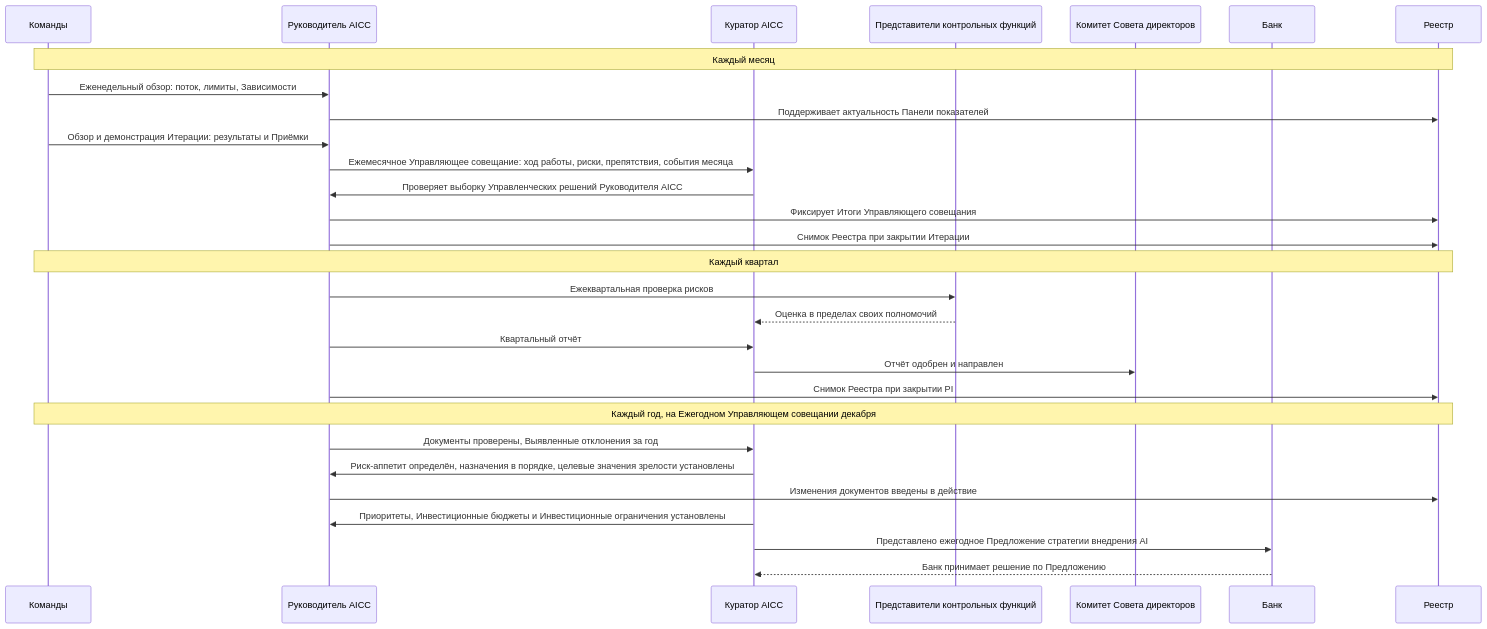
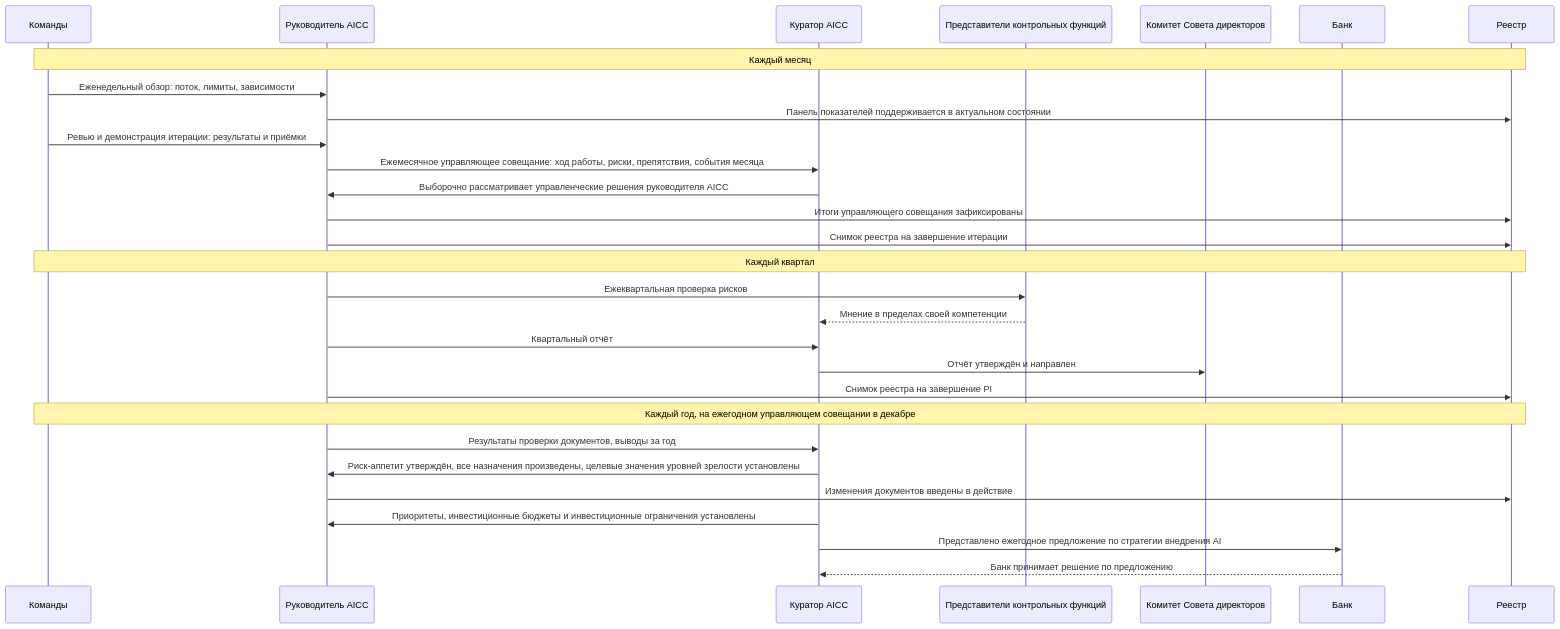
The third of 6 diagrams in charter/ru/workflows/unit-governance.md (devhogu/ob-aicc), drawn with Mermaid before and after one commit. The commit also changed other lines of this file and 7 other files, not shown here.

````diff
--- a/charter/ru/workflows/unit-governance.md
+++ b/charter/ru/workflows/unit-governance.md
@@ -84,31 +84,31 @@
 ```mermaid
 sequenceDiagram
   participant T as Команды
   participant L as Руководитель AICC
   participant ES as Куратор AICC
   participant CF as Представители контрольных функций
   participant BC as Комитет Совета директоров
   participant BK as Банк
   participant R as Реестр
   Note over T,R: Каждый месяц
-  T->>L: Еженедельный обзор: поток, лимиты, Зависимости
-  L->>R: Поддерживает актуальность Панели показателей
-  T->>L: Обзор и демонстрация Итерации: результаты и Приёмки
-  L->>ES: Ежемесячное Управляющее совещание: ход работы, риски, препятствия, события месяца
-  ES->>L: Проверяет выборку Управленческих решений Руководителя AICC
-  L->>R: Фиксирует Итоги Управляющего совещания
-  L->>R: Снимок Реестра при закрытии Итерации
+  T->>L: Еженедельный обзор: поток, лимиты, зависимости
+  L->>R: Панель показателей поддерживается в актуальном состоянии
+  T->>L: Ревью и демонстрация итерации: результаты и приёмки
+  L->>ES: Ежемесячное управляющее совещание: ход работы, риски, препятствия, события месяца
+  ES->>L: Выборочно рассматривает управленческие решения руководителя AICC
+  L->>R: Итоги управляющего совещания зафиксированы
+  L->>R: Снимок реестра на завершение итерации
   Note over T,R: Каждый квартал
   L->>CF: Ежеквартальная проверка рисков
-  CF-->>ES: Оценка в пределах своих полномочий
+  CF-->>ES: Мнение в пределах своей компетенции
   L->>ES: Квартальный отчёт
-  ES->>BC: Отчёт одобрен и направлен
-  L->>R: Снимок Реестра при закрытии PI
-  Note over T,R: Каждый год, на Ежегодном Управляющем совещании декабря
-  L->>ES: Документы проверены, Выявленные отклонения за год
-  ES->>L: Риск-аппетит определён, назначения в порядке, целевые значения зрелости установлены
+  ES->>BC: Отчёт утверждён и направлен
+  L->>R: Снимок реестра на завершение PI
+  Note over T,R: Каждый год, на ежегодном управляющем совещании в декабре
+  L->>ES: Результаты проверки документов, выводы за год
+  ES->>L: Риск-аппетит утверждён, все назначения произведены, целевые значения уровней зрелости установлены
   L->>R: Изменения документов введены в действие
-  ES->>L: Приоритеты, Инвестиционные бюджеты и Инвестиционные ограничения установлены
-  ES->>BK: Представлено ежегодное Предложение стратегии внедрения AI
-  BK-->>ES: Банк принимает решение по Предложению
+  ES->>L: Приоритеты, инвестиционные бюджеты и инвестиционные ограничения установлены
+  ES->>BK: Представлено ежегодное предложение по стратегии внедрения AI
+  BK-->>ES: Банк принимает решение по предложению
 ```
````
